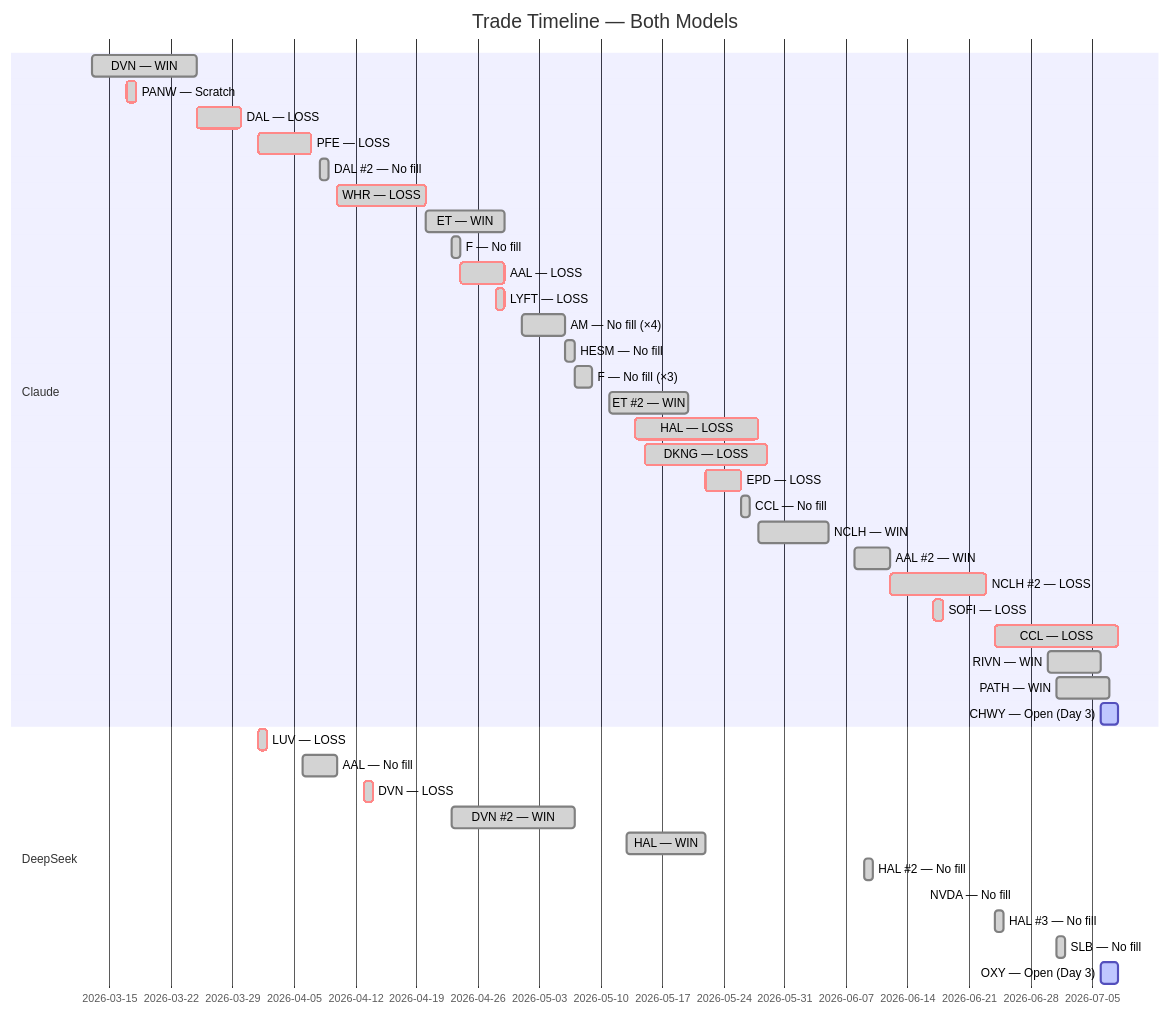
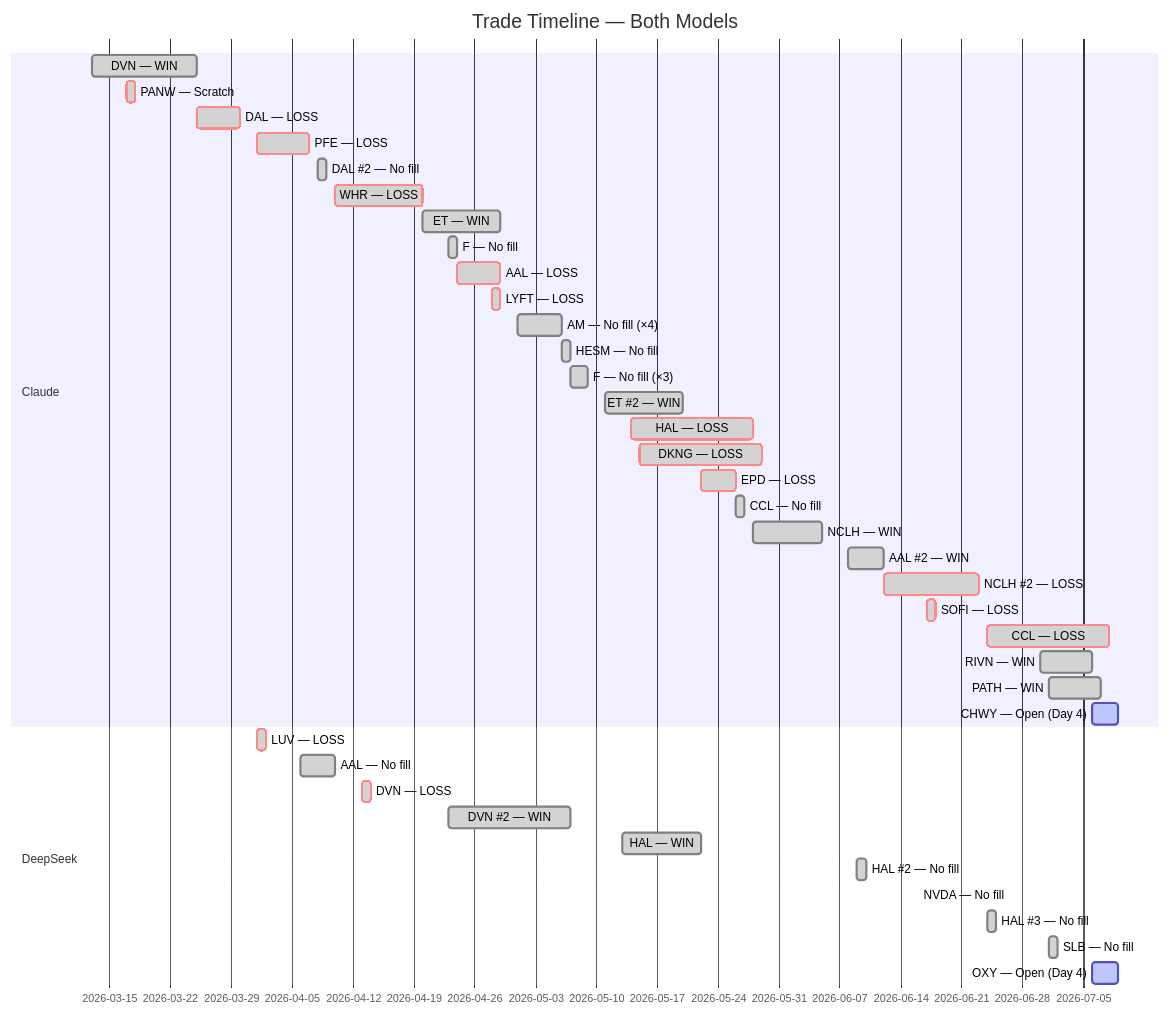
One commit to zachisit/ai-auto-buy-thesis changed the fifth of 5 diagrams in README.md. Above: the diagram before and after it, drawn with Mermaid. The commit also changed other lines of this file and 2 other files, not shown here.

````diff
--- a/README.md
+++ b/README.md
@@ -63,43 +63,43 @@
 ```mermaid
 gantt
     title Trade Timeline — Both Models
     dateFormat YYYY-MM-DD
     section Claude
     DVN — WIN            :done,    2026-03-13, 2026-03-25
     PANW — Scratch       :crit, done, 2026-03-17, 2026-03-18
     DAL — LOSS           :crit, done, 2026-03-25, 2026-03-30
     PFE — LOSS           :crit, done, 2026-04-01, 2026-04-07
     DAL #2 — No fill     :done,    2026-04-08, 2026-04-09
     WHR — LOSS           :crit, done, 2026-04-10, 2026-04-20
     ET — WIN             :done,    2026-04-20, 2026-04-29
     F — No fill          :done,    2026-04-23, 2026-04-24
     AAL — LOSS           :crit, done, 2026-04-24, 2026-04-29
     LYFT — LOSS          :crit, done, 2026-04-28, 2026-04-29
     AM — No fill (×4)    :done,    2026-05-01, 2026-05-06
     HESM — No fill       :done,    2026-05-06, 2026-05-07
     F — No fill (×3)     :done,    2026-05-07, 2026-05-09
     ET #2 — WIN          :done,    2026-05-11, 2026-05-20
     HAL — LOSS           :crit, done, 2026-05-14, 2026-05-28
     DKNG — LOSS          :crit, done, 2026-05-15, 2026-05-29
     EPD — LOSS           :crit, done, 2026-05-22, 2026-05-26
     CCL — No fill        :done,    2026-05-26, 2026-05-27
     NCLH — WIN           :done,    2026-05-28, 2026-06-05
     AAL #2 — WIN         :done,    2026-06-08, 2026-06-12
     NCLH #2 — LOSS       :crit, done, 2026-06-12, 2026-06-23
     SOFI — LOSS          :crit, done, 2026-06-17, 2026-06-18
     CCL — LOSS           :crit, done, 2026-06-24, 2026-07-08
     RIVN — WIN           :done,    2026-06-30, 2026-07-06
     PATH — WIN           :done,    2026-07-01, 2026-07-07
-    CHWY — Open (Day 3)  :active,  2026-07-06, 2026-07-08
+    CHWY — Open (Day 4)  :active,  2026-07-06, 2026-07-09
     section DeepSeek
     LUV — LOSS           :crit, done, 2026-04-01, 2026-04-02
     AAL — No fill        :done,    2026-04-06, 2026-04-10
     DVN — LOSS           :crit, done, 2026-04-13, 2026-04-14
     DVN #2 — WIN         :done,    2026-04-23, 2026-05-07
     HAL — WIN            :done,    2026-05-13, 2026-05-22
     HAL #2 — No fill    :done,    2026-06-09, 2026-06-10
     NVDA — No fill      :done,    2026-06-16, 2026-06-16
     HAL #3 — No fill    :done,    2026-06-24, 2026-06-25
     SLB — No fill        :done,    2026-07-01, 2026-07-02
-    OXY — Open (Day 3)   :active,  2026-07-06, 2026-07-08
+    OXY — Open (Day 4)   :active,  2026-07-06, 2026-07-09
 ```
````
